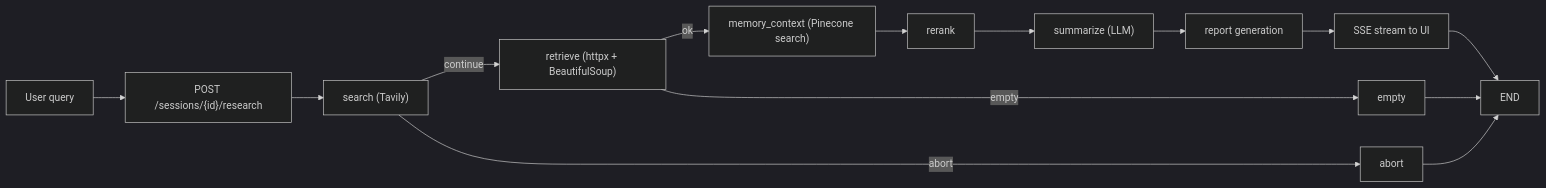
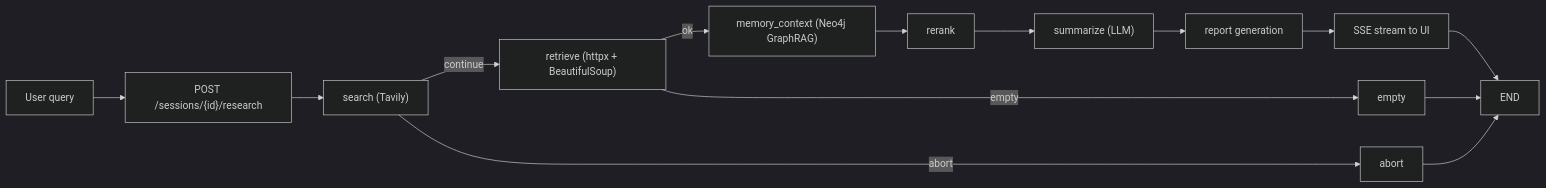
One commit to KostasCherv/cortex changed the first of 3 diagrams in README.md. Above: the diagram before and after it, drawn with Mermaid (dark theme). The commit also changed other lines of this file and 56 other files, not shown here.

````diff
--- a/README.md
+++ b/README.md
@@ -37,16 +37,16 @@
 ```mermaid
 flowchart LR
     userQuery["User query"] --> apiResearch["POST /sessions/{id}/research"]
     apiResearch --> search["search (Tavily)"]
     search -->|"continue"| retrieve["retrieve (httpx + BeautifulSoup)"]
     search -->|"abort"| abortNode["abort"]
-    retrieve -->|"ok"| memoryContext["memory_context (Pinecone search)"]
+    retrieve -->|"ok"| memoryContext["memory_context (Neo4j GraphRAG)"]
     retrieve -->|"empty"| emptyNode["empty"]
     memoryContext --> rerank["rerank"]
     rerank --> summarize["summarize (LLM)"]
     summarize --> report["report generation"]
     report --> stream["SSE stream to UI"]
     stream --> endNode["END"]
     abortNode --> endNode
     emptyNode --> endNode
 ```
````
